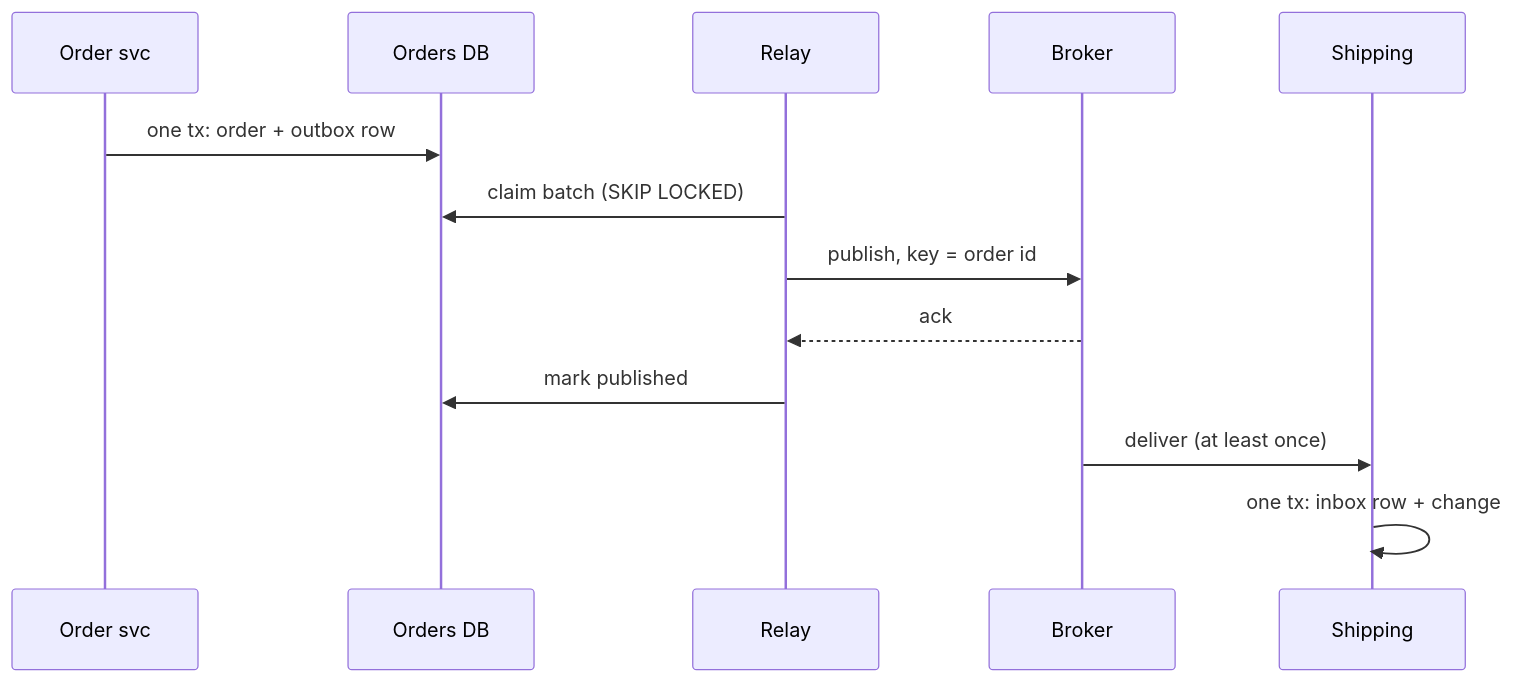
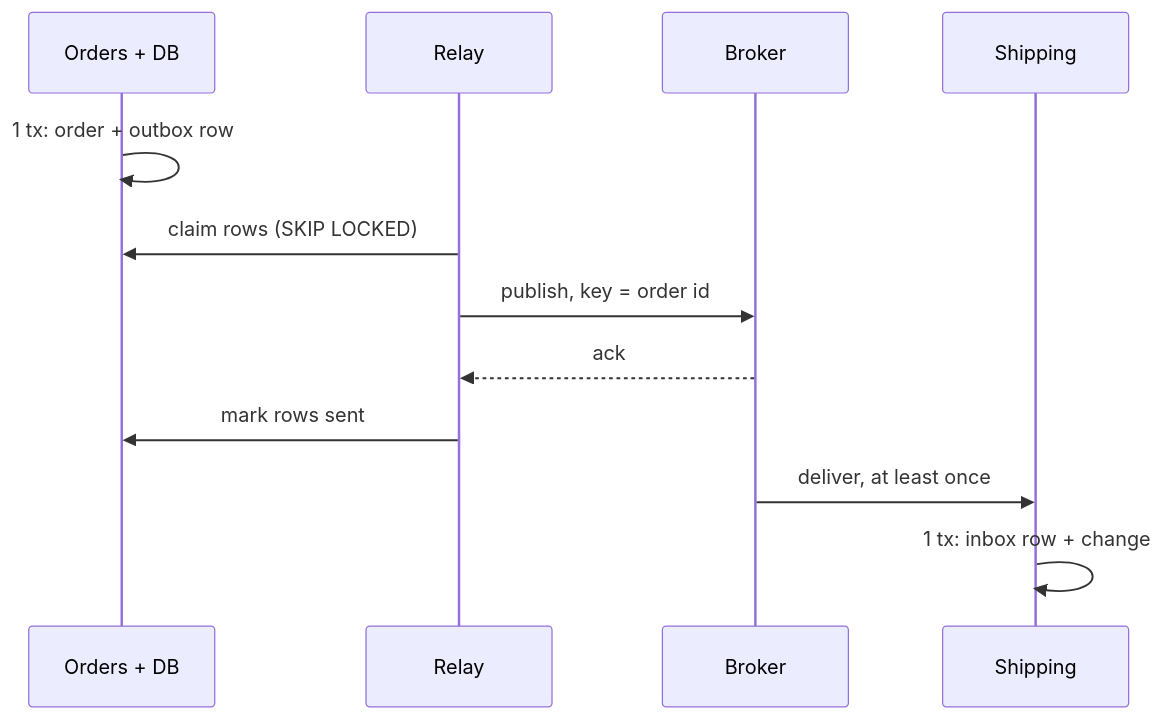
One commit to dhaval-76/engineering-field-guide changed the diagram in src/content/topics/distributed-systems/saga-and-outbox/diagrams/outbox-flow.mmd. Above: the diagram before and after it, drawn with Mermaid. The commit also changed 7 other files, not shown here.

Commit message:
Distributed systems: diagrams redrawn or restructured for phones

```diff
--- a/src/content/topics/distributed-systems/saga-and-outbox/diagrams/outbox-flow.mmd
+++ b/src/content/topics/distributed-systems/saga-and-outbox/diagrams/outbox-flow.mmd
@@ -1,13 +1,12 @@
 sequenceDiagram
-  participant S as Order svc
-  participant DB as Orders DB
+  participant S as Orders + DB
   participant R as Relay
   participant K as Broker
   participant C as Shipping
-  S->>DB: one tx: order + outbox row
-  R->>DB: claim batch (SKIP LOCKED)
+  S->>S: 1 tx: order + outbox row
+  R->>S: claim rows (SKIP LOCKED)
   R->>K: publish, key = order id
   K-->>R: ack
-  R->>DB: mark published
-  K->>C: deliver (at least once)
-  C->>C: one tx: inbox row + change
+  R->>S: mark rows sent
+  K->>C: deliver, at least once
+  C->>C: 1 tx: inbox row + change
```
